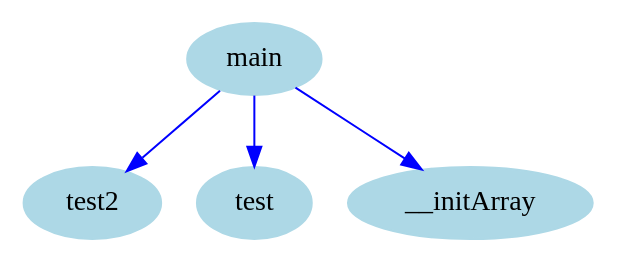
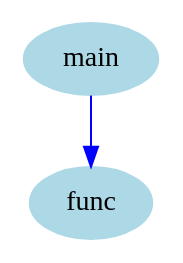
The diagram in outputs/cfg/cg.dot (zavar152-cv/myLang-oop-compiler), drawn with Graphviz before and after one commit. The commit also changed 17 other files, not shown here.

```diff
--- a/outputs/cfg/cg.dot
+++ b/outputs/cfg/cg.dot
@@ -1,12 +1,8 @@
 digraph CallGraph {
     node [shape=ellipse, style=filled, color=lightblue];
 
-    "test2";
-    "test";
-    "__initArray";
+    "func";
     "main";
 
-    "main" -> "test2" [color=blue];
-    "main" -> "test" [color=blue];
-    "main" -> "__initArray" [color=blue];
+    "main" -> "func" [color=blue];
 }
```
